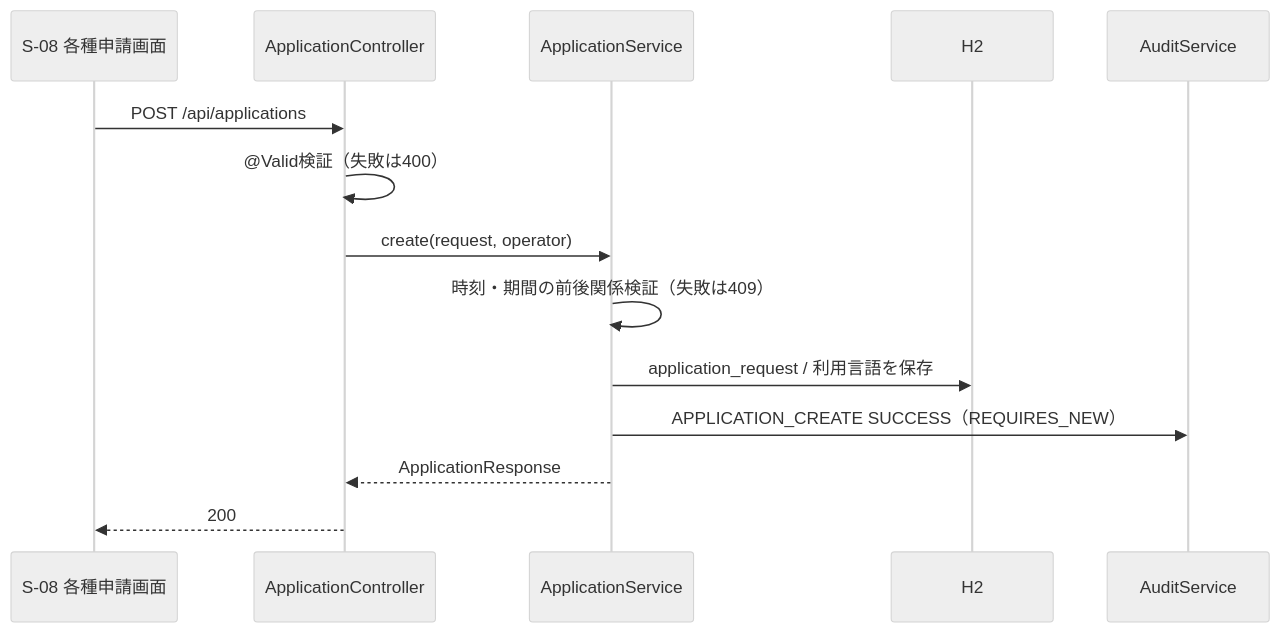
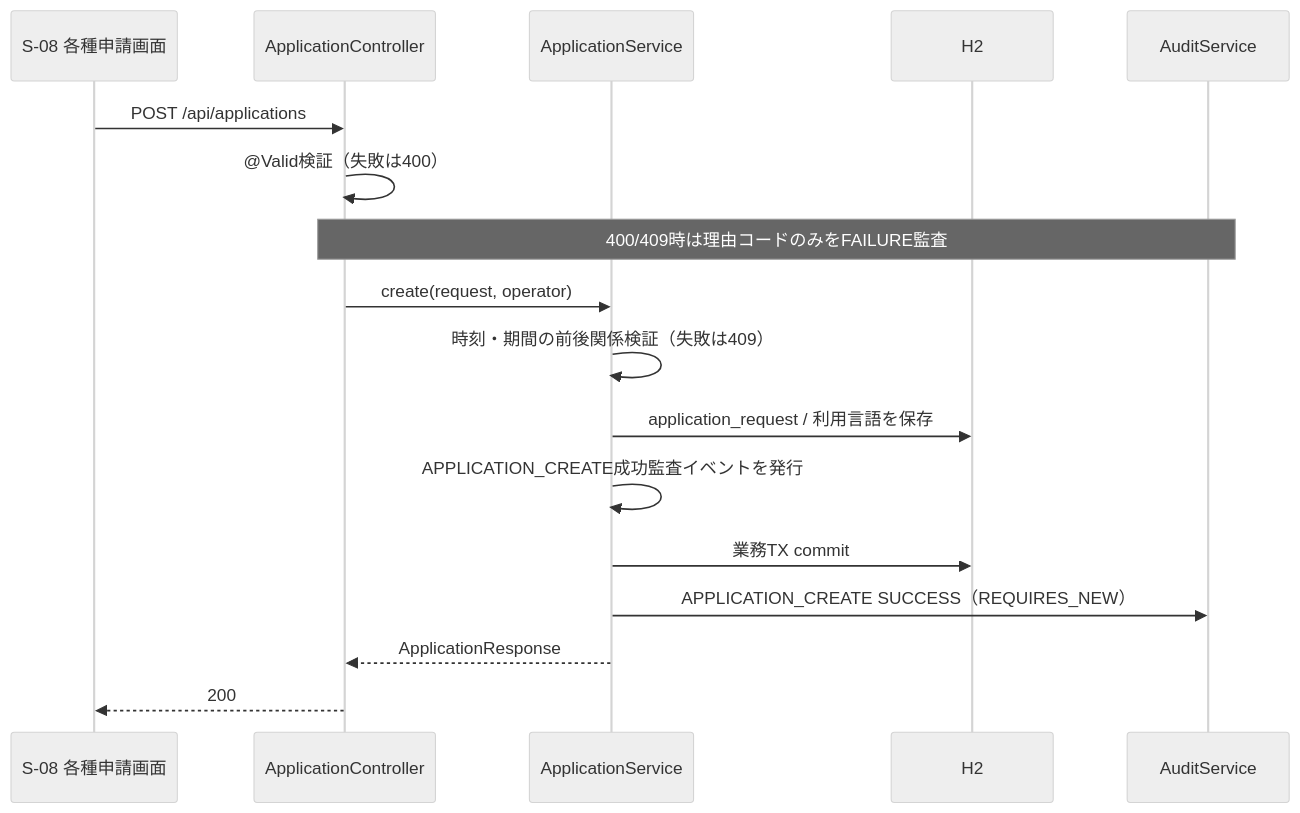
One commit to befoot1242/Learn_SampleApp changed the fifth of 5 diagrams in docs/4.詳細設計/details/processing-flow-design.md. Above: the diagram before and after it, drawn with Mermaid (neutral theme). The commit also changed other lines of this file and 20 other files, not shown here.

````diff
--- a/docs/4.詳細設計/details/processing-flow-design.md
+++ b/docs/4.詳細設計/details/processing-flow-design.md
@@ -142,17 +146,20 @@
 ```mermaid
 sequenceDiagram
     participant V as S-08 各種申請画面
     participant C as ApplicationController
     participant S as ApplicationService
     participant DB as H2
     participant A as AuditService
 
     V->>C: POST /api/applications
     C->>C: @Valid検証（失敗は400）
+    Note over C,A: 400/409時は理由コードのみをFAILURE監査
     C->>S: create(request, operator)
     S->>S: 時刻・期間の前後関係検証（失敗は409）
     S->>DB: application_request / 利用言語を保存
+    S->>S: APPLICATION_CREATE成功監査イベントを発行
+    S->>DB: 業務TX commit
     S->>A: APPLICATION_CREATE SUCCESS（REQUIRES_NEW）
     S-->>C: ApplicationResponse
     C-->>V: 200
 ```
````
